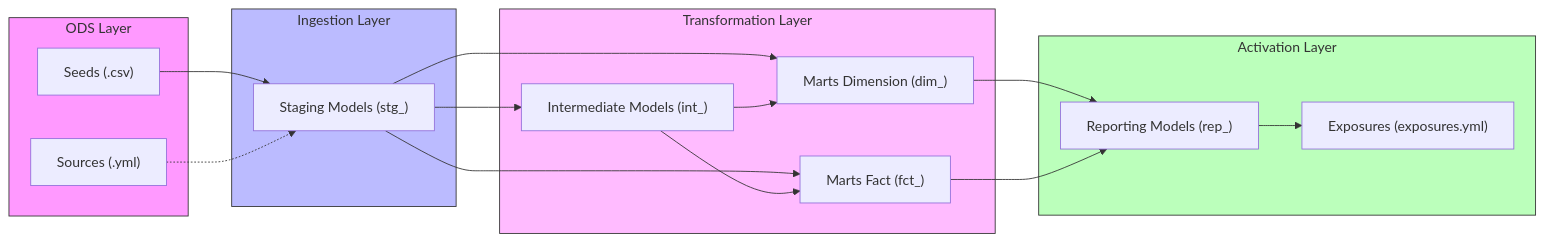
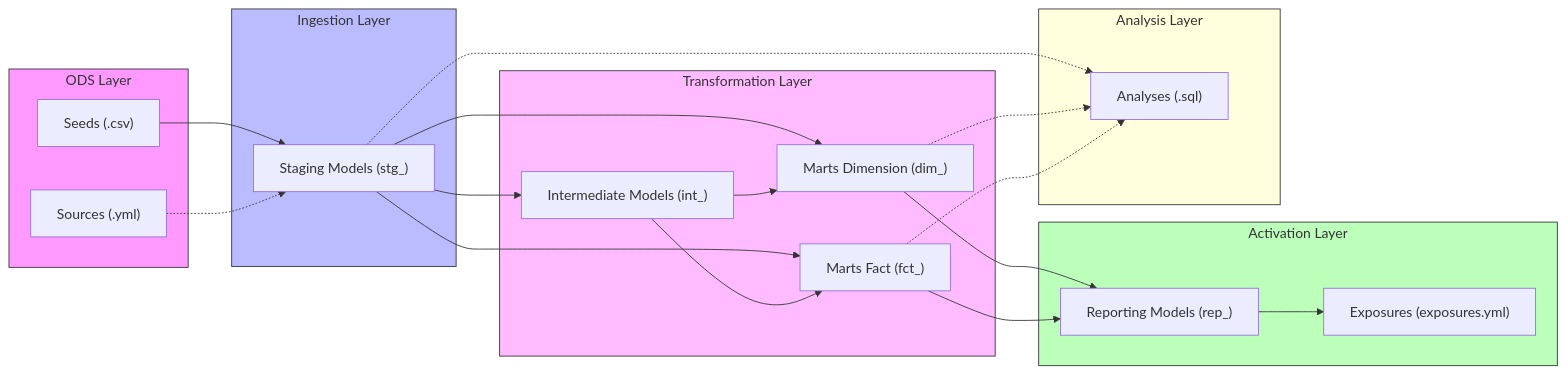
Before and after one commit to davnnis2003/dbt_enpal_assessment: the diagram in README.md, drawn with Mermaid. The commit also changed other lines of this file and 1 other file, not shown here.

Commit message:
docs: add Analysis layer documentation and visualization to README DAG diagram

````diff
--- a/README.md
+++ b/README.md
@@ -180,38 +180,46 @@
 ```mermaid
 graph LR
     subgraph ODS ["ODS Layer"]
         Seeds["Seeds (.csv)"]
         Sources["Sources (.yml)"]
     end
 
     subgraph Ingestion ["Ingestion Layer"]
         Staging["Staging Models (stg_)"]
     end
 
     subgraph Transformation ["Transformation Layer"]
         Intermediate["Intermediate Models (int_)"]
         MartsDim["Marts Dimension (dim_)"]
         MartsFct["Marts Fact (fct_)"]
     end
 
     subgraph Activation ["Activation Layer"]
         Reporting["Reporting Models (rep_)"]
         Exposures["Exposures (exposures.yml)"]
     end
 
+    subgraph AdHoc ["Analysis Layer"]
+        Analyses["Analyses (.sql)"]
+    end
+
     Seeds --> Staging
     Sources -.-> Staging
     Staging --> Intermediate
     Staging --> MartsDim
     Staging --> MartsFct
     Intermediate --> MartsDim
     Intermediate --> MartsFct
     MartsDim --> Reporting
     MartsFct --> Reporting
     Reporting --> Exposures
+    Staging -.-> Analyses
+    MartsDim -.-> Analyses
+    MartsFct -.-> Analyses
     
     style ODS fill:#f9f,stroke:#333,stroke-width:1px
     style Ingestion fill:#bbf,stroke:#333,stroke-width:1px
     style Transformation fill:#fbf,stroke:#333,stroke-width:1px
     style Activation fill:#bfb,stroke:#333,stroke-width:1px
+    style AdHoc fill:#ffd,stroke:#333,stroke-width:1px
 ```
````
